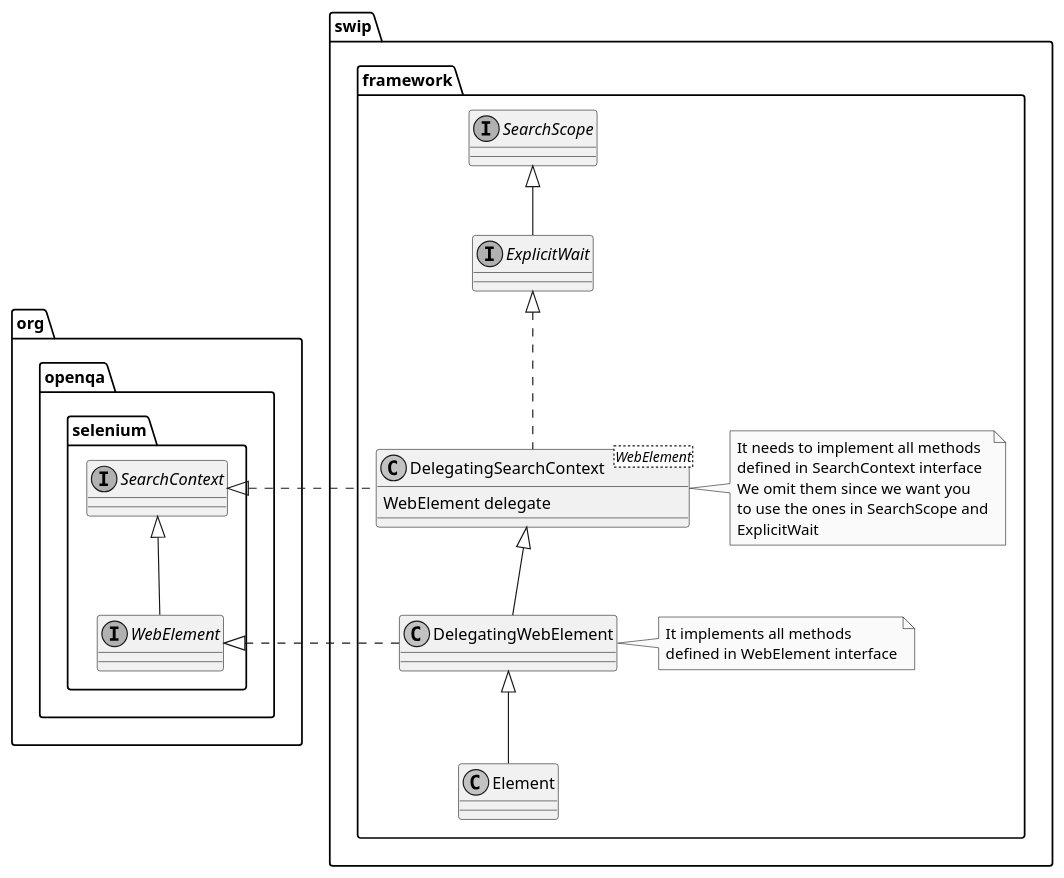
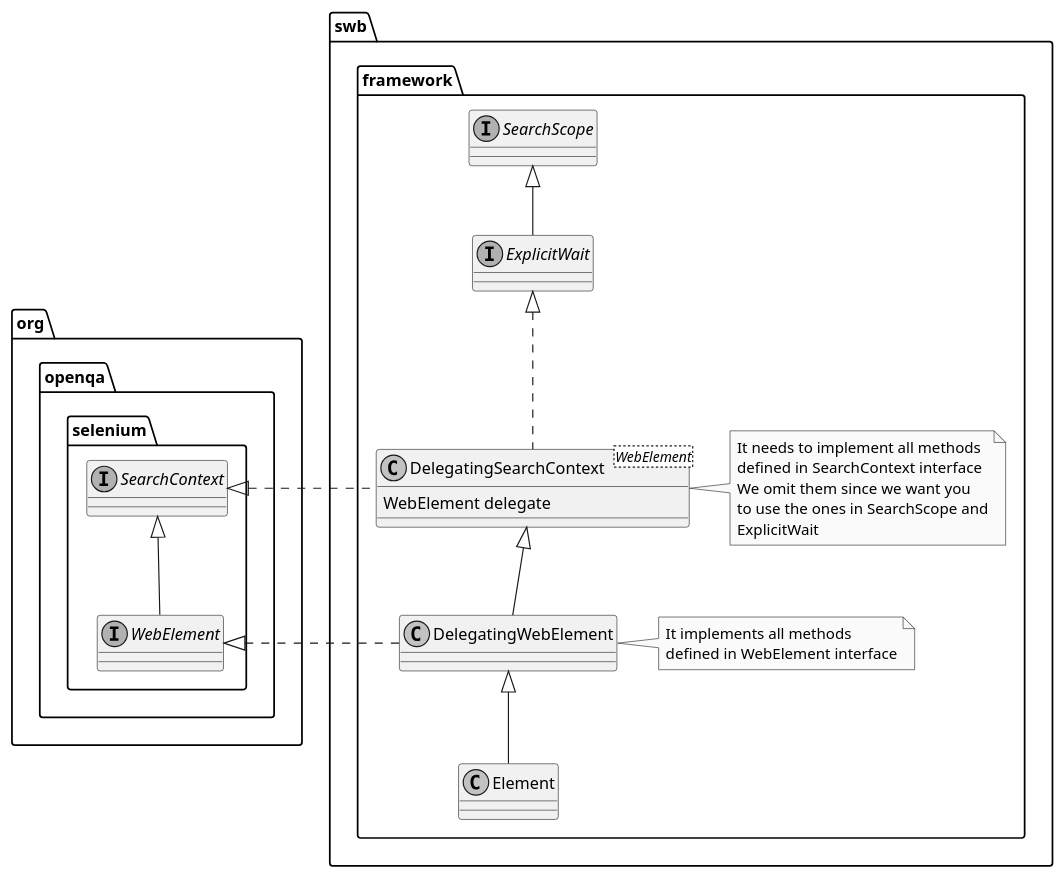
One commit to selenium-webdriver-book/manuscript changed the diagram in images/ch13_framework/Element.puml. Above: the diagram before and after it, drawn with PlantUML. The commit also changed 20 other files, not shown here.

Commit message:
Replaced swip with swb.

```diff
--- a/images/ch13_framework/Element.puml
+++ b/images/ch13_framework/Element.puml
@@ -1,39 +1,39 @@
 @startuml
 
 skinparam monochrome true
 skinparam shadowing false
 
 namespace org.openqa.selenium  {
 
     interface SearchContext
     interface WebElement
 
     SearchContext <|-- WebElement
 }
 
-namespace swip.framework {
+namespace swb.framework {
 
     interface SearchScope
 
     interface ExplicitWait
 
     SearchScope <|-- ExplicitWait
 
     class DelegatingSearchContext<WebElement>
 
     ExplicitWait <|.. DelegatingSearchContext
 
     org.openqa.selenium.SearchContext <|. DelegatingSearchContext
     note right : It needs to implement all methods\ndefined in SearchContext interface\nWe omit them since we want you \nto use the ones in SearchScope and\nExplicitWait
 
     DelegatingSearchContext <|--  DelegatingWebElement
     note right : It implements all methods\ndefined in WebElement interface
 
     DelegatingWebElement <|-- Element
 
     org.openqa.selenium.WebElement <|.  DelegatingWebElement
 
     DelegatingSearchContext : WebElement delegate
 
 }
 @enduml
```
